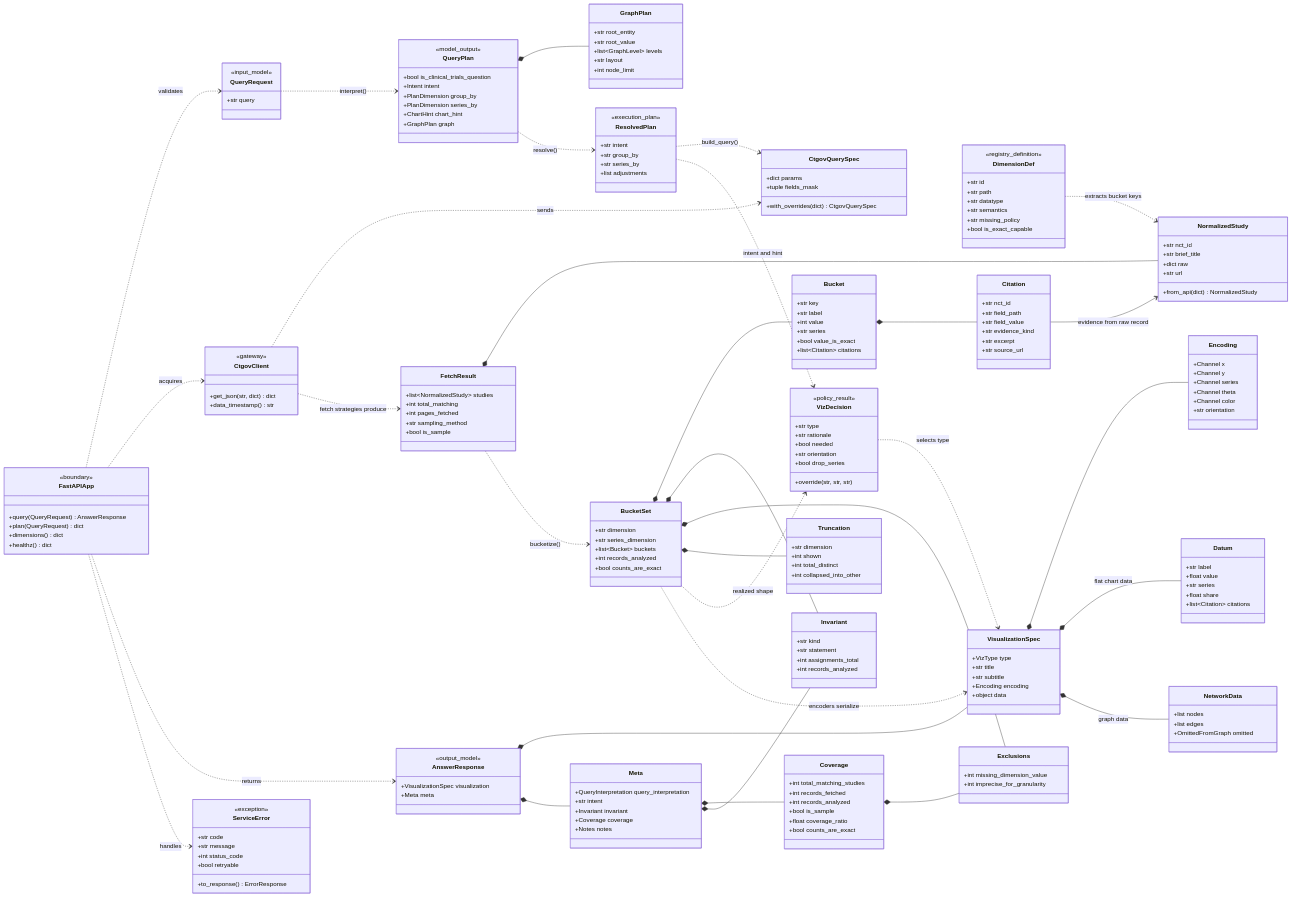
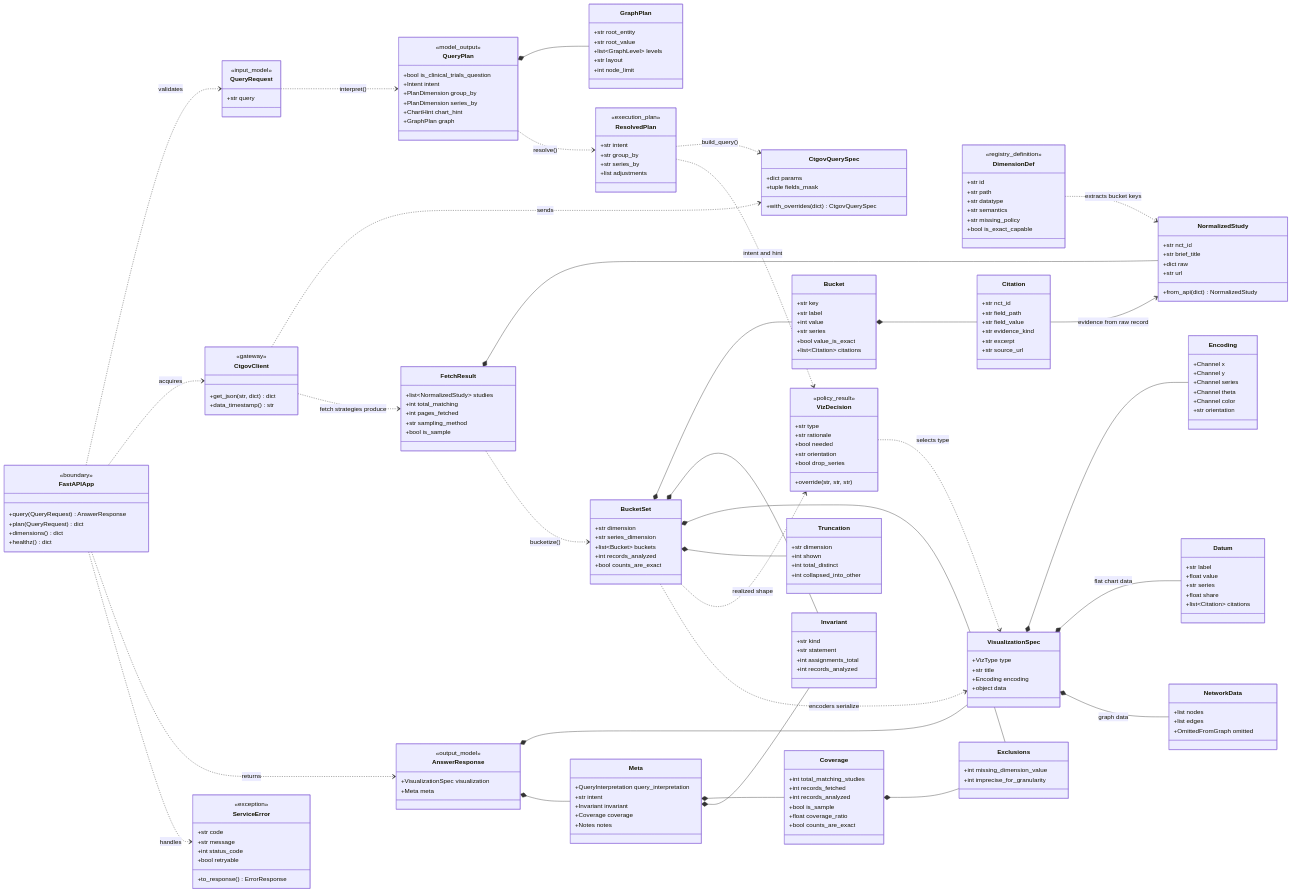
One commit to osun24/see-clinical-trials changed the first of 2 diagrams in docs/UML.md. Above: the diagram before and after it, drawn with Mermaid. The commit also changed 49 other files, not shown here.

```diff
--- a/docs/UML.md
+++ b/docs/UML.md
@@ -145,7 +145,6 @@
     class VisualizationSpec {
         +VizType type
         +str title
-        +str subtitle
         +Encoding encoding
         +object data
     }
```
